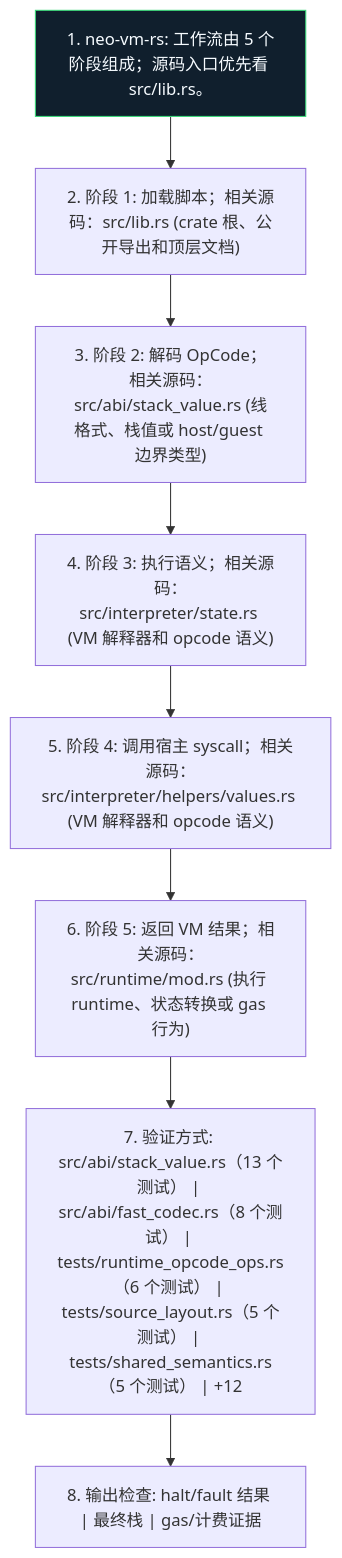
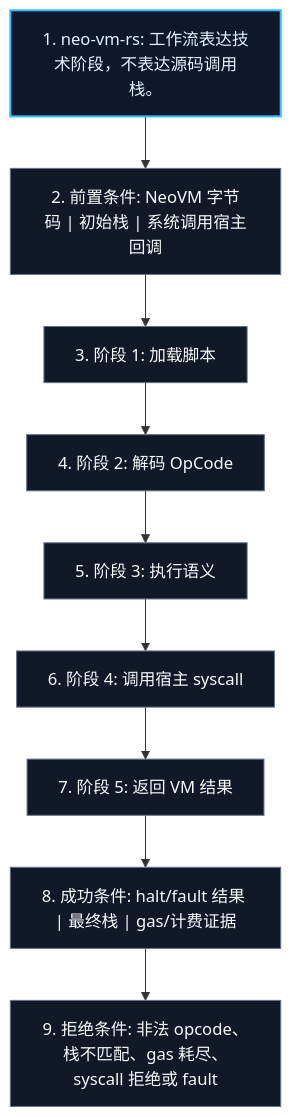
The diagram in docs/figures/workflow.zh.mmd (r3e-network/neo-vm-rs), drawn with Mermaid before and after one commit. The commit also changed 63 other files, not shown here.

Commit message:
Replace crate diagrams with technical views

```diff
--- a/docs/figures/workflow.zh.mmd
+++ b/docs/figures/workflow.zh.mmd
@@ -1,18 +1,22 @@
 flowchart TB
-    N1["1. neo-vm-rs: 工作流由 5 个阶段组成；源码入口优先看 src/lib.rs。"]
-    N2["2. 阶段 1: 加载脚本；相关源码：src/lib.rs (crate 根、公开导出和顶层文档)"]
-    N3["3. 阶段 2: 解码 OpCode；相关源码：src/abi/stack_value.rs (线格式、栈值或 host/guest 边界类型)"]
-    N4["4. 阶段 3: 执行语义；相关源码：src/interpreter/state.rs (VM 解释器和 opcode 语义)"]
-    N5["5. 阶段 4: 调用宿主 syscall；相关源码：src/interpreter/helpers/values.rs (VM 解释器和 opcode 语义)"]
-    N6["6. 阶段 5: 返回 VM 结果；相关源码：src/runtime/mod.rs (执行 runtime、状态转换或 gas 行为)"]
-    N7["7. 验证方式: src/abi/stack_value.rs（13 个测试） | src/abi/fast_codec.rs（8 个测试） | tests/runtime_opcode_ops.rs（6 个测试） | tests/source_layout.rs（5 个测试） | tests/shared_semantics.rs（5 个测试） | +12"]
-    N8["8. 输出检查: halt/fault 结果 | 最终栈 | gas/计费证据"]
+    N1["1. neo-vm-rs: 工作流表达技术阶段，不表达源码调用栈。"]
+    N2["2. 前置条件: NeoVM 字节码 | 初始栈 | 系统调用宿主回调"]
+    N3["3. 阶段 1: 加载脚本"]
+    N4["4. 阶段 2: 解码 OpCode"]
+    N5["5. 阶段 3: 执行语义"]
+    N6["6. 阶段 4: 调用宿主 syscall"]
+    N7["7. 阶段 5: 返回 VM 结果"]
+    N8["8. 成功条件: halt/fault 结果 | 最终栈 | gas/计费证据"]
+    N9["9. 拒绝条件: 非法 opcode、栈不匹配、gas 耗尽、syscall 拒绝或 fault"]
     N1 --> N2
     N2 --> N3
     N3 --> N4
     N4 --> N5
     N5 --> N6
     N6 --> N7
     N7 --> N8
-    classDef crate fill:#101f2d,stroke:#38d978,color:#f6fbff
-    class N1 crate
+    N8 --> N9
+    classDef core fill:#0f172a,stroke:#38bdf8,color:#e5f2ff,stroke-width:2px;
+    classDef support fill:#111827,stroke:#64748b,color:#f8fafc;
+    class N1 core;
+    class N2,N3,N4,N5,N6,N7,N8,N9 support;
```
